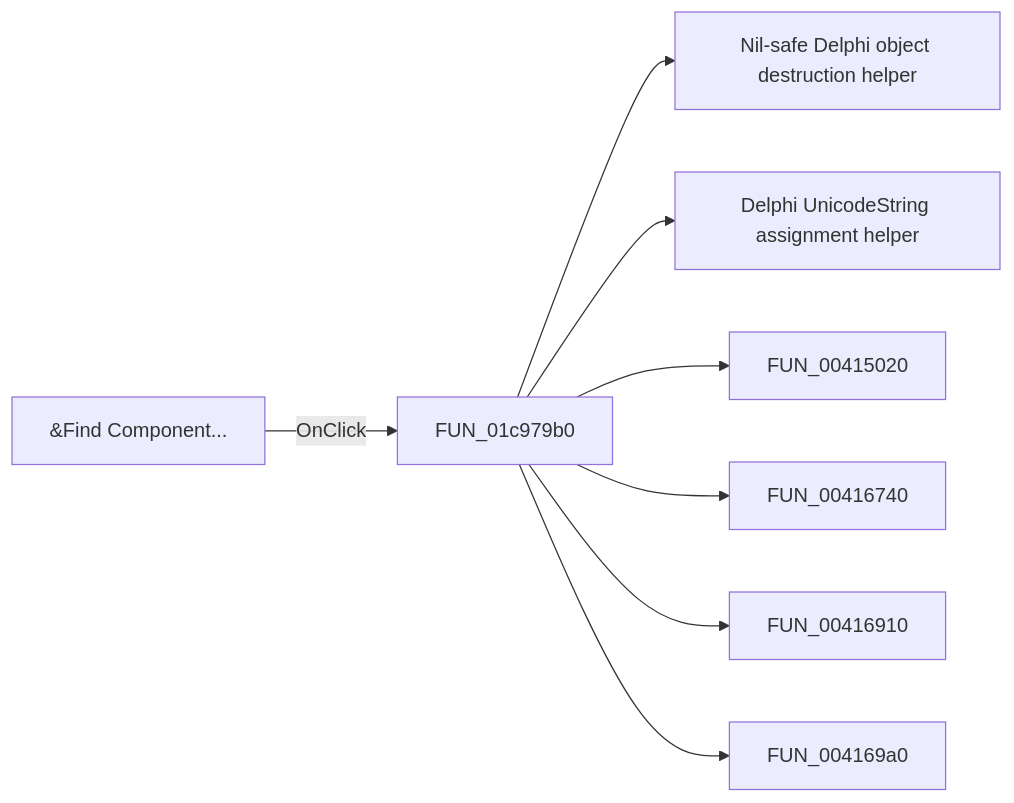
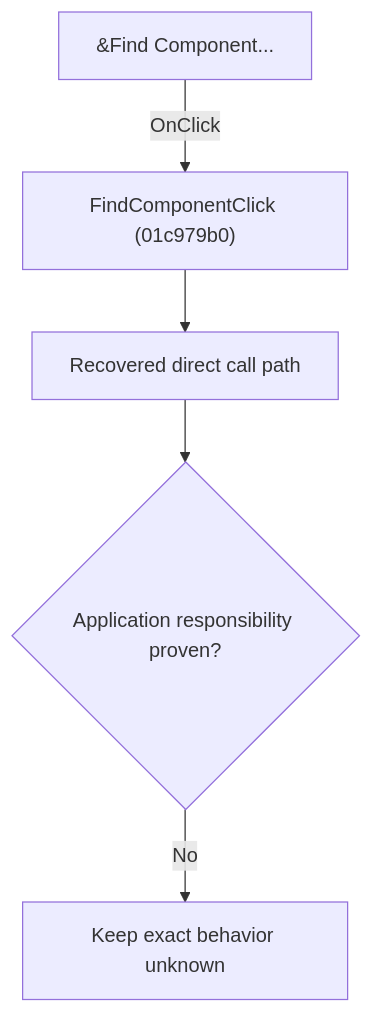
Before and after one commit to MovGP0/TIARA: the diagram in docs/ui-controls/schematiceditor/findcomponent-dd160e51b4.md, drawn with Mermaid. The commit also changed other lines of this file and 1062 other files, not shown here.

````diff
--- a/docs/ui-controls/schematiceditor/findcomponent-dd160e51b4.md
+++ b/docs/ui-controls/schematiceditor/findcomponent-dd160e51b4.md
@@ -27,10 +27,7 @@
 ```mermaid
-flowchart LR
-    control["&Find Component..."] -->|OnClick| handler["FUN_01c979b0"]
-    handler --> call1["Nil-safe Delphi object destruction helper"]
-    handler --> call2["Delphi UnicodeString assignment helper"]
-    handler --> call3["FUN_00415020"]
-    handler --> call4["FUN_00416740"]
-    handler --> call5["FUN_00416910"]
-    handler --> call6["FUN_004169a0"]
+flowchart TD
+    control["&Find Component..."] -->|"OnClick"| handler["FindComponentClick (01c979b0)"]
+    handler --> recovered["Recovered direct call path"]
+    recovered --> gap{"Application responsibility proven?"}
+    gap -->|"No"| blocked["Keep exact behavior unknown"]
 ```
````
